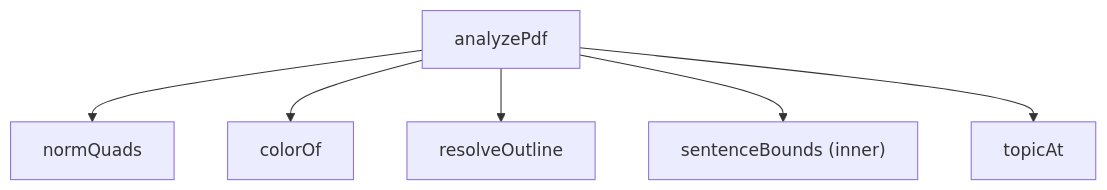
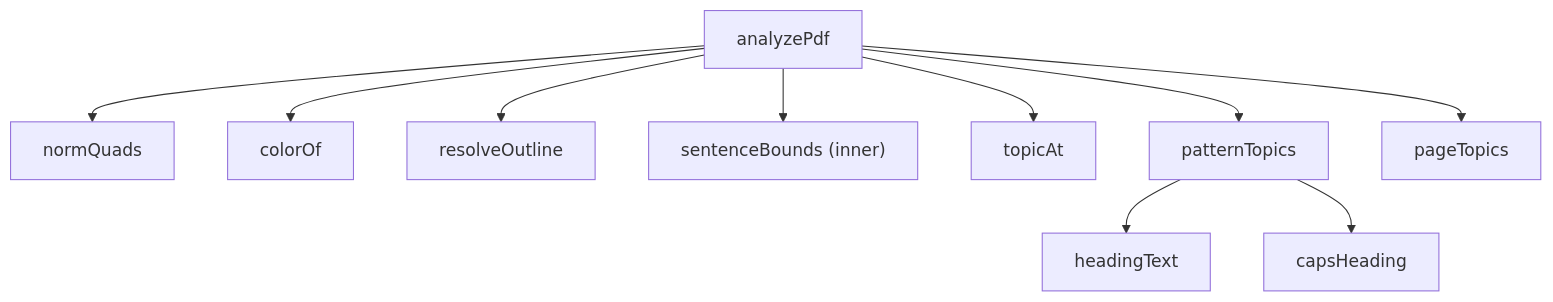
One commit to Lefarious/Faelights changed the diagram in docs/atlas/modules/extraction-core.md. Above: the diagram before and after it, drawn with Mermaid. The commit also changed other lines of this file and 7 other files, not shown here.

````diff
--- a/docs/atlas/modules/extraction-core.md
+++ b/docs/atlas/modules/extraction-core.md
@@ -21,8 +23,12 @@
 ```mermaid
 graph TD
   analyzePdf --> normQuads
   analyzePdf --> colorOf
   analyzePdf --> resolveOutline
   analyzePdf --> sentenceBounds["sentenceBounds (inner)"]
   analyzePdf --> topicAt
+  analyzePdf --> patternTopics
+  patternTopics --> headingText
+  patternTopics --> capsHeading
+  analyzePdf --> pageTopics
 ```
````
